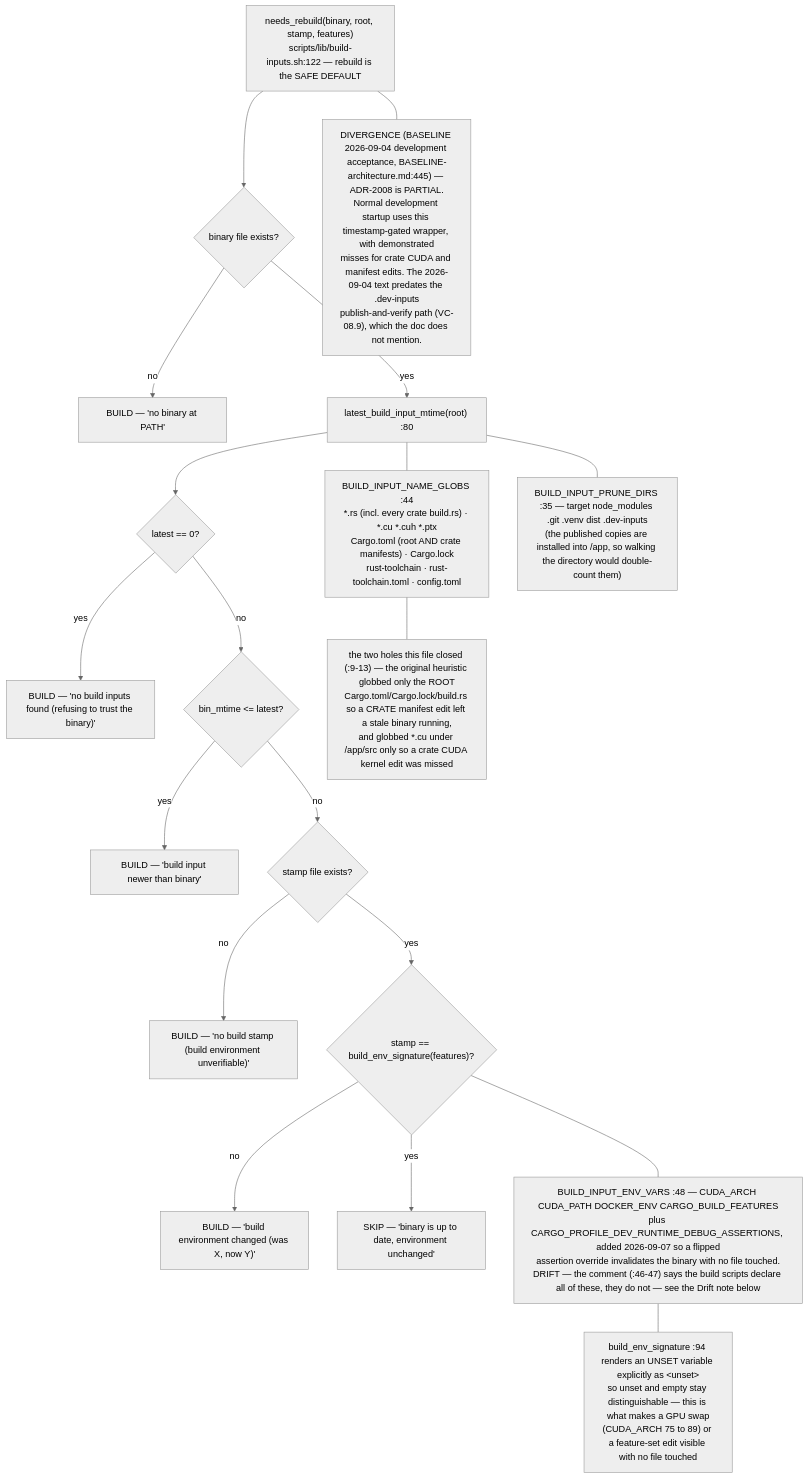
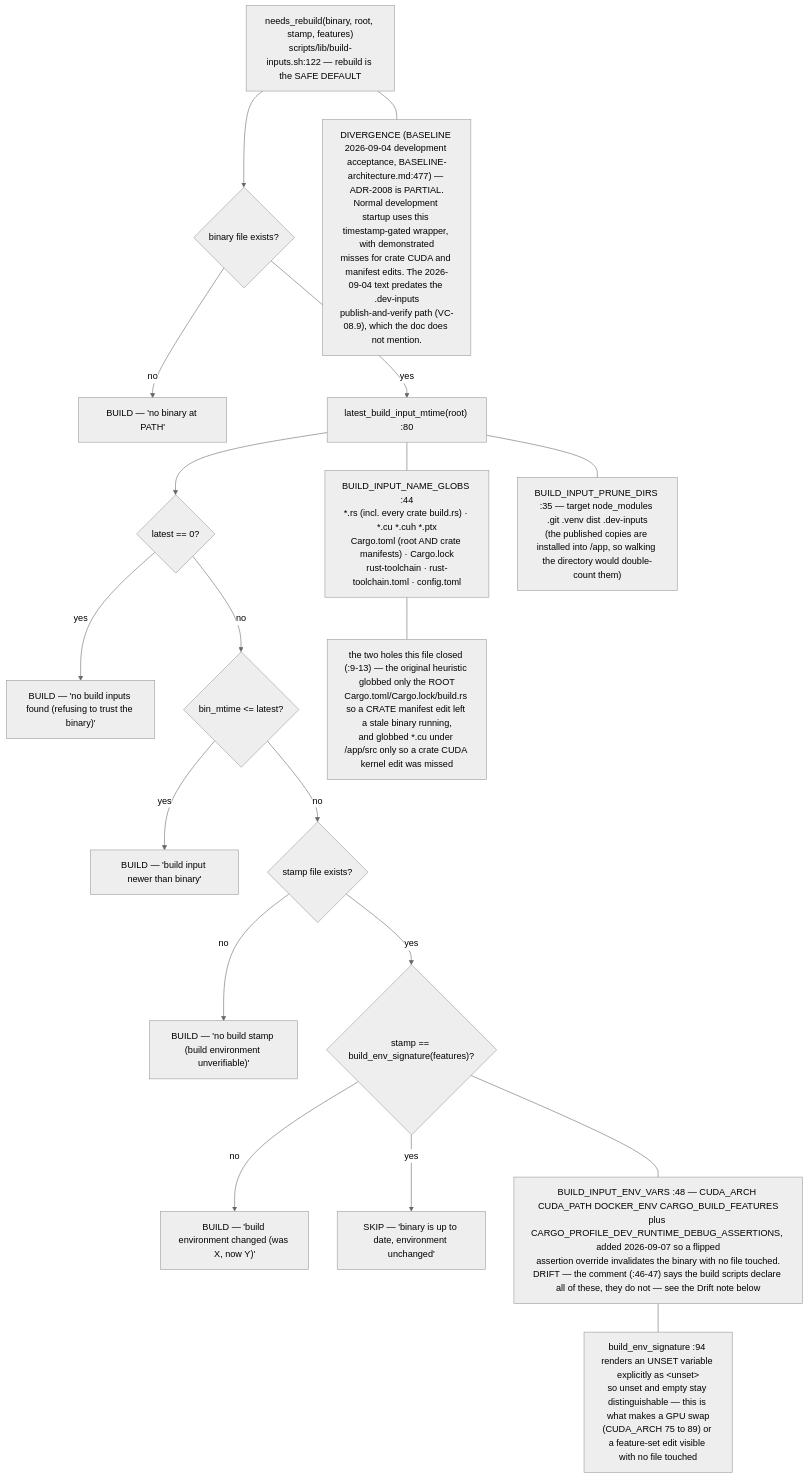
The seventh of 9 diagrams in docs/diagrams/visionclaw/08-observability-health-and-dev-loop.md (DreamLab-AI/VisionFlow), drawn with Mermaid (neutral theme) before and after one commit. The commit also changed other lines of this file and 46 other files, not shown here.

Commit message:
docs(diagrams): re-verify VisionClaw topics at 809a859aa/a950f4d80 after the consolidation pass

````diff
--- a/docs/diagrams/visionclaw/08-observability-health-and-dev-loop.md
+++ b/docs/diagrams/visionclaw/08-observability-health-and-dev-loop.md
@@ -265,28 +268,28 @@
 ```mermaid
 flowchart TB
     NR["needs_rebuild(binary, root, stamp, features)<br/>scripts/lib/build-inputs.sh:122 — rebuild is the SAFE DEFAULT"]
     NR --> C1{"binary file exists?"}
     C1 -->|no| B1["BUILD — 'no binary at PATH'"]
     C1 -->|yes| C2["latest_build_input_mtime(root) :80"]
     C2 --> C3{"latest == 0?"}
     C3 -->|yes| B2["BUILD — 'no build inputs found (refusing to trust the binary)'"]
     C3 -->|no| C4{"bin_mtime <= latest?"}
     C4 -->|yes| B3["BUILD — 'build input newer than binary'"]
     C4 -->|no| C5{"stamp file exists?"}
     C5 -->|no| B4["BUILD — 'no build stamp (build environment unverifiable)'"]
     C5 -->|yes| C6{"stamp == build_env_signature(features)?"}
     C6 -->|no| B5["BUILD — 'build environment changed (was X, now Y)'"]
     C6 -->|yes| SK["SKIP — 'binary is up to date, environment unchanged'"]
     GLOB["BUILD_INPUT_NAME_GLOBS :44<br/>*.rs (incl. every crate build.rs) · *.cu *.cuh *.ptx<br/>Cargo.toml (root AND crate manifests) · Cargo.lock<br/>rust-toolchain · rust-toolchain.toml · config.toml"]
     PRUNE["BUILD_INPUT_PRUNE_DIRS :35 — target node_modules .git .venv dist .dev-inputs<br/>(the published copies are installed into /app, so walking the directory would double-count them)"]
     ENVV["BUILD_INPUT_ENV_VARS :48 — CUDA_ARCH CUDA_PATH DOCKER_ENV CARGO_BUILD_FEATURES<br/>plus CARGO_PROFILE_DEV_RUNTIME_DEBUG_ASSERTIONS, added 2026-09-07 so a flipped<br/>assertion override invalidates the binary with no file touched.<br/>DRIFT — the comment (:46-47) says the build scripts declare all of these, they do not — see the Drift note below"]
     C2 --- GLOB
     C2 --- PRUNE
     C6 --- ENVV
     SIG["build_env_signature :94 renders an UNSET variable explicitly as &lt;unset&gt;<br/>so unset and empty stay distinguishable — this is what makes a GPU swap<br/>(CUDA_ARCH 75 to 89) or a feature-set edit visible with no file touched"]
     ENVV --- SIG
     HOLES["the two holes this file closed (:9-13) — the original heuristic globbed only the ROOT<br/>Cargo.toml/Cargo.lock/build.rs so a CRATE manifest edit left a stale binary running,<br/>and globbed *.cu under /app/src only so a crate CUDA kernel edit was missed"]
     GLOB --- HOLES
-    DIV["DIVERGENCE (BASELINE 2026-09-04 development acceptance, BASELINE-architecture.md:445) — ADR-2008 is PARTIAL.<br/>Normal development startup uses this timestamp-gated wrapper, with demonstrated<br/>misses for crate CUDA and manifest edits. The 2026-09-04 text predates the .dev-inputs<br/>publish-and-verify path (VC-08.9), which the doc does not mention."]
+    DIV["DIVERGENCE (BASELINE 2026-09-04 development acceptance, BASELINE-architecture.md:477) — ADR-2008 is PARTIAL.<br/>Normal development startup uses this timestamp-gated wrapper, with demonstrated<br/>misses for crate CUDA and manifest edits. The 2026-09-04 text predates the .dev-inputs<br/>publish-and-verify path (VC-08.9), which the doc does not mention."]
     NR --- DIV
 ```
````
